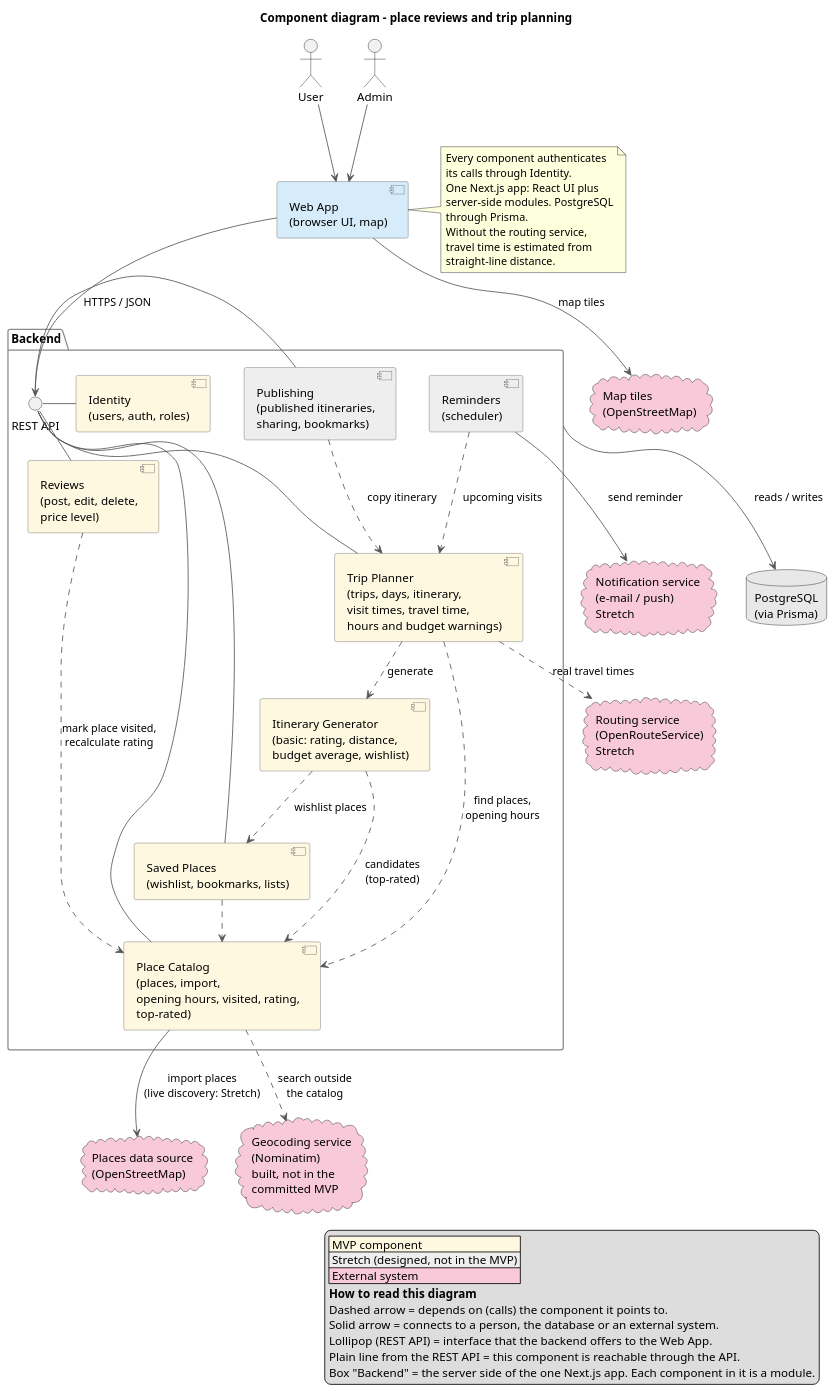
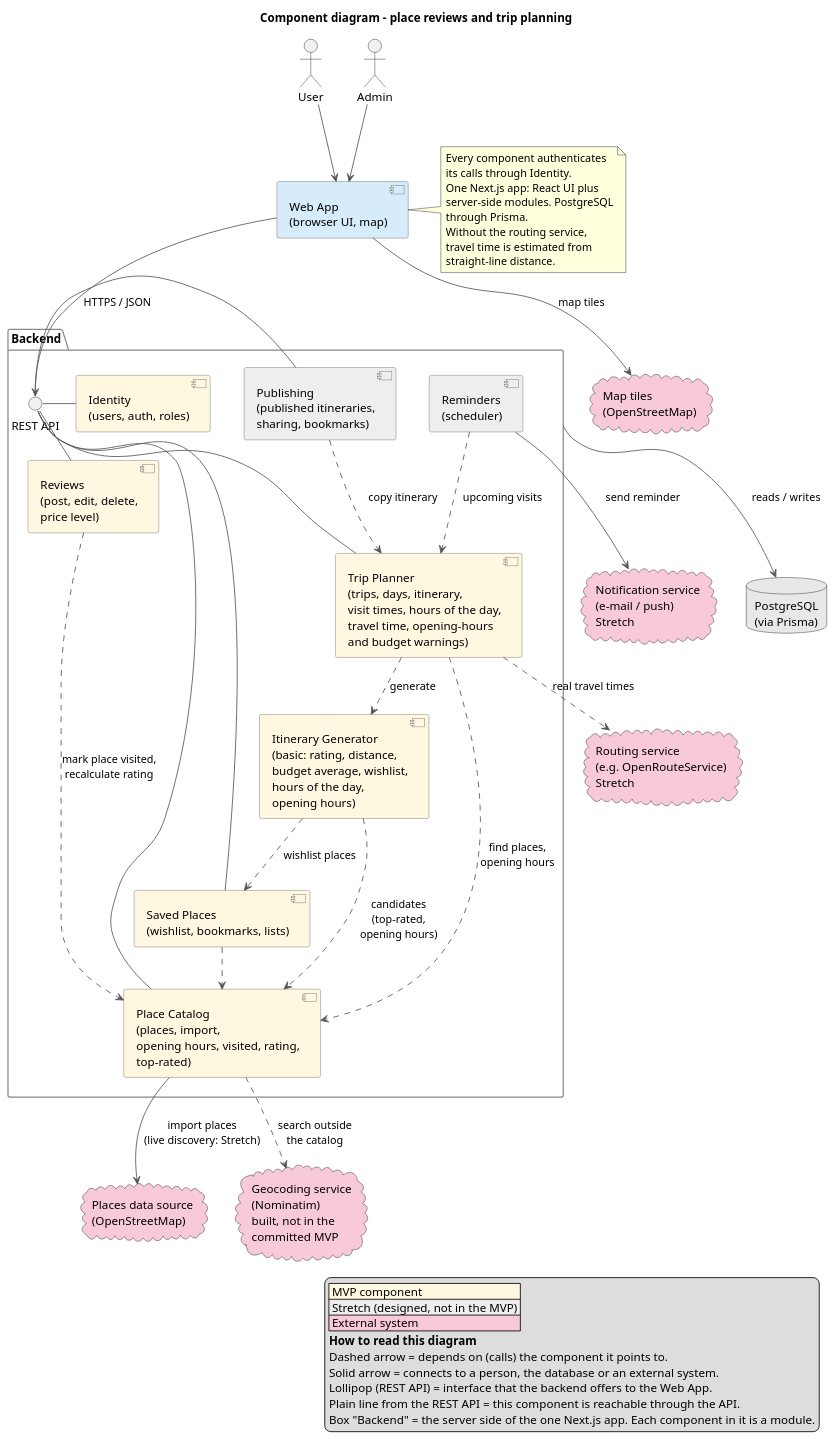
One commit to MESW-LES-2627/les-project-group-7 changed the diagram in docs/design/component-diagram.puml. Above: the diagram before and after it, drawn with PlantUML. The commit also changed 3 other files, not shown here.

First line of the commit message:
Update the diagrams for the hours of the day and the generator

```diff
--- a/docs/design/component-diagram.puml
+++ b/docs/design/component-diagram.puml
@@ -1,92 +1,92 @@
 @startuml component-diagram
 title Component diagram – place reviews and trip planning
 skinparam shadowing false
 skinparam componentStyle uml2
 skinparam nodesep 40
 skinparam ranksep 50
 skinparam ArrowColor #555555
 skinparam component {
   BackgroundColor #FFF8E1
   BorderColor #666666
 }
 skinparam package {
   BorderColor #888888
 }
 
 legend right
   |<#FFF8E1> MVP component |
   |<#EEEEEE> Stretch (designed, not in the MVP) |
   |<#F8C9D8> External system |
   **How to read this diagram**
   Dashed arrow = depends on (calls) the component it points to.
   Solid arrow = connects to a person, the database or an external system.
   Lollipop (REST API) = interface that the backend offers to the Web App.
   Plain line from the REST API = this component is reachable through the API.
   Box "Backend" = the server side of the one Next.js app. Each component in it is a module.
 endlegend
 
 actor "User" as user
 actor "Admin" as admin
 
 component "Web App\n(browser UI, map)" as web #D6ECFA
 
 package "Backend" as backend {
   interface "REST API" as api
 
   component "Identity\n(users, auth, roles)" as identity
   component "Place Catalog\n(places, import,\nopening hours, visited, rating,\ntop-rated)" as catalog
   component "Reviews\n(post, edit, delete,\nprice level)" as reviews
   component "Saved Places\n(wishlist, bookmarks, lists)" as saved
-  component "Trip Planner\n(trips, days, itinerary,\nvisit times, travel time,\nhours and budget warnings)" as planner
-  component "Itinerary Generator\n(basic: rating, distance,\nbudget average, wishlist)" as generator
+  component "Trip Planner\n(trips, days, itinerary,\nvisit times, hours of the day,\ntravel time, opening-hours\nand budget warnings)" as planner
+  component "Itinerary Generator\n(basic: rating, distance,\nbudget average, wishlist,\nhours of the day,\nopening hours)" as generator
   component "Publishing\n(published itineraries,\nsharing, bookmarks)" as publishing #EEEEEE
   component "Reminders\n(scheduler)" as reminders #EEEEEE
 }
 
 database "PostgreSQL\n(via Prisma)" as db #E8E8E8
 
 cloud "Places data source\n(OpenStreetMap)" as places #F8C9D8
 cloud "Map tiles\n(OpenStreetMap)" as tiles #F8C9D8
-cloud "Routing service\n(OpenRouteService)\nStretch" as routing #F8C9D8
+cloud "Routing service\n(e.g. OpenRouteService)\nStretch" as routing #F8C9D8
 cloud "Geocoding service\n(Nominatim)\nbuilt, not in the\ncommitted MVP" as geocoding #F8C9D8
 cloud "Notification service\n(e-mail / push)\nStretch" as notif #F8C9D8
 
 user --> web
 admin --> web
 web --> api : HTTPS / JSON
 web --> tiles : map tiles
 api - identity
 api - catalog
 api - reviews
 api - saved
 api - planner
 api - publishing
 
 reviews ..> catalog : mark place visited,\nrecalculate rating
 saved ..> catalog
 planner ..> catalog : find places,\nopening hours
 planner ..> generator : generate
-generator ..> catalog : candidates\n(top-rated)
+generator ..> catalog : candidates\n(top-rated,\nopening hours)
 generator ..> saved : wishlist places
 publishing ..> planner : copy itinerary
 reminders ..> planner : upcoming visits
 
 catalog --> places : import places\n(live discovery: Stretch)
 catalog ..> geocoding : search outside\nthe catalog
 planner ..> routing : real travel times
 reminders --> notif : send reminder
 
 
 backend --> db : reads / writes
 
 note right of web
   Every component authenticates
   its calls through Identity.
   One Next.js app: React UI plus
   server-side modules. PostgreSQL
   through Prisma.
   Without the routing service,
   travel time is estimated from
   straight-line distance.
 end note
 @enduml
```
